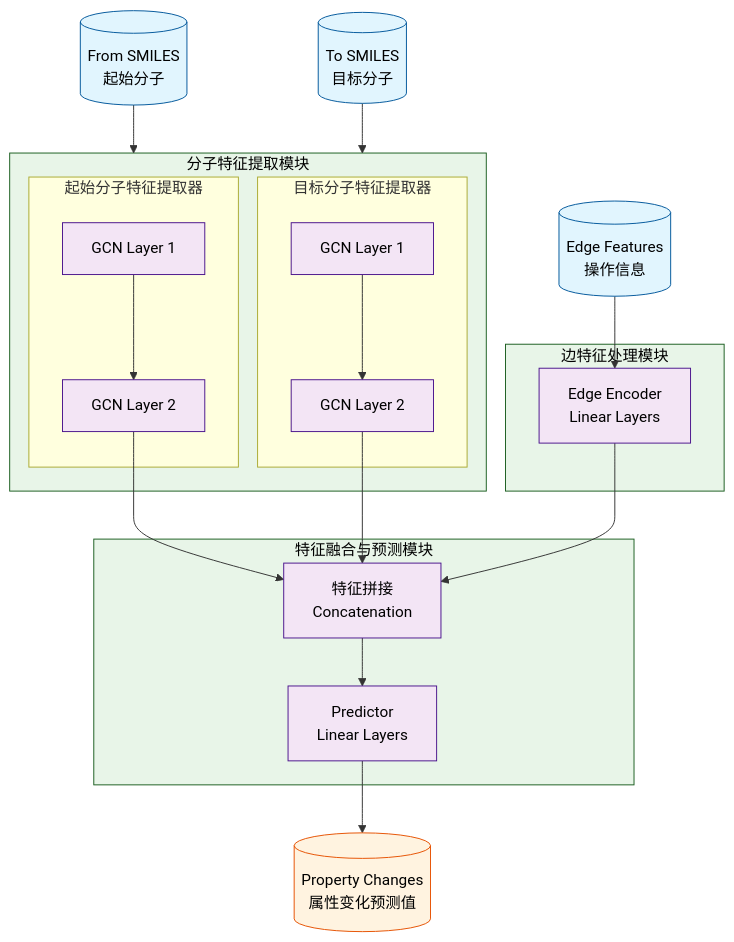
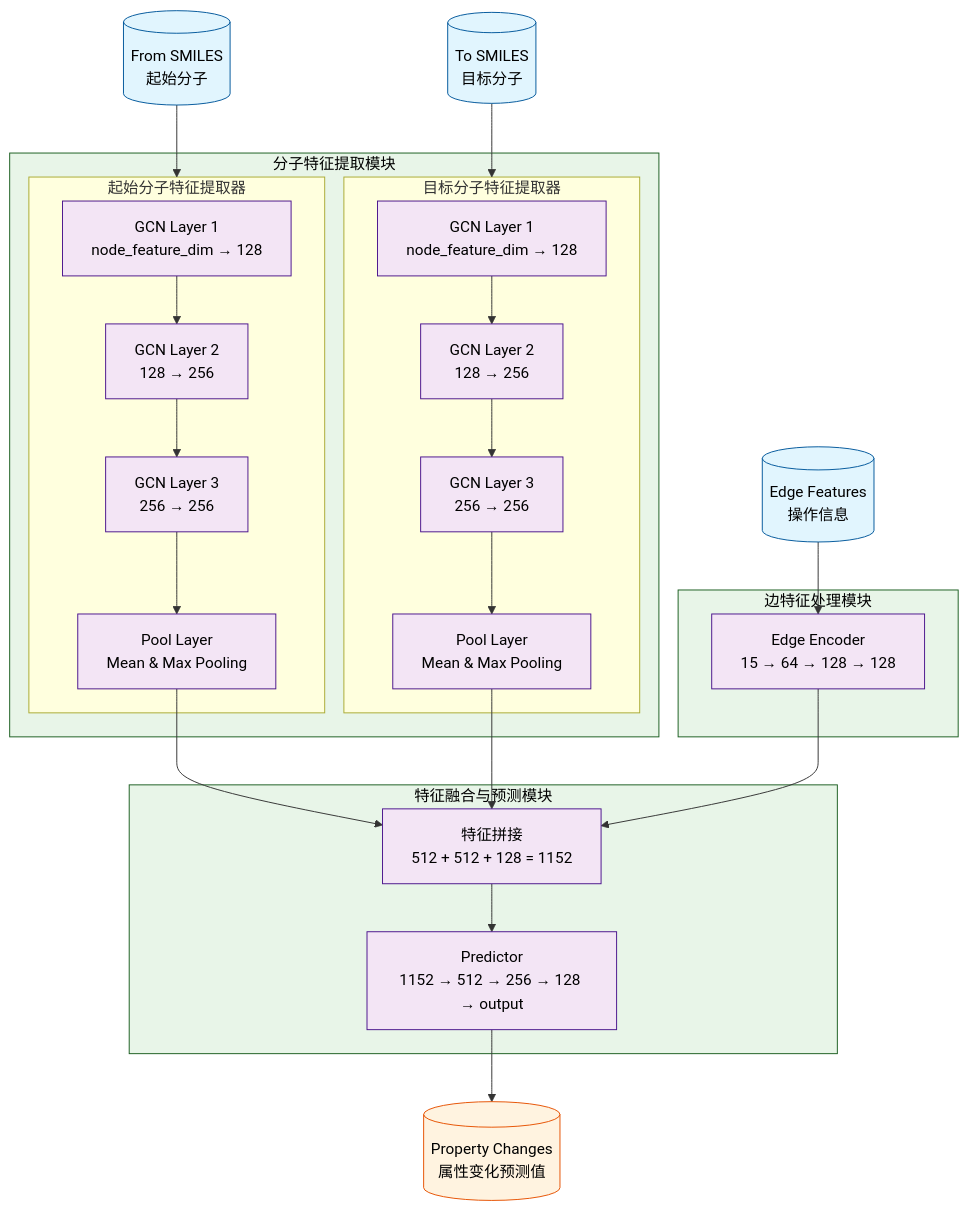
The diagram in docs/model-v0/architecture_flowchart.md (havoc-420/BSL-mol-evo), drawn with Mermaid before and after one commit. The commit also changed other lines of this file, not shown here.

Commit message:
docs(architecture): 更新模型架构图与特征维度说明
- 为分子特征提取模块中的GCN层添加了详细的维度标注（node_feature_dim → 128 → 256 → 256）
- 在每个GCN网络后增加了Mean & Max池化层，输出512维特征向量
- 更新边特征处理模块的线性层维度标注（15 → 64 → 128 → 128）
- 明确特征融合模块的拼接逻辑：512 + 512 + 128 = 1152维
- 补充预测模块的多层感知机结构（1152 → 512 → 256 → 128 → output）
- 调整流程图连接关系以匹配更新后的网络结构

````diff
--- a/docs/model-v0/architecture_flowchart.md
+++ b/docs/model-v0/architecture_flowchart.md
@@ -3,60 +3,69 @@
 ```mermaid
 flowchart TD
     %% 定义样式
     classDef inputStyle fill:#e1f5fe,stroke:#01579b,color:#000
     classDef processStyle fill:#f3e5f5,stroke:#4a148c,color:#000
     classDef modelStyle fill:#e8f5e8,stroke:#1b5e20,color:#000
     classDef outputStyle fill:#fff3e0,stroke:#e65100,color:#000
     
     %% 输入部分
     input1[(From SMILES<br/>起始分子)]:::inputStyle
     input2[(To SMILES<br/>目标分子)]:::inputStyle
     input3[(Edge Features<br/>操作信息)]:::inputStyle
     
     %% 分子特征提取模块
     subgraph feature_extractor[分子特征提取模块]
         subgraph from_mol_extractor[起始分子特征提取器]
-            from_gcn1[GCN Layer 1]:::processStyle
-            from_gcn2[GCN Layer 2]:::processStyle
+            from_gcn1[GCN Layer 1<br/>node_feature_dim → 128]:::processStyle
+            from_gcn2[GCN Layer 2<br/>128 → 256]:::processStyle
+            from_gcn3[GCN Layer 3<br/>256 → 256]:::processStyle
+            from_pool[Pool Layer<br/>Mean & Max Pooling]:::processStyle
         end
         
         subgraph to_mol_extractor[目标分子特征提取器]
-            to_gcn1[GCN Layer 1]:::processStyle
-            to_gcn2[GCN Layer 2]:::processStyle
+            to_gcn1[GCN Layer 1<br/>node_feature_dim → 128]:::processStyle
+            to_gcn2[GCN Layer 2<br/>128 → 256]:::processStyle
+            to_gcn3[GCN Layer 3<br/>256 → 256]:::processStyle
+            to_pool[Pool Layer<br/>Mean & Max Pooling]:::processStyle
         end
     end
     
     %% 边特征处理模块
     subgraph edge_processing[边特征处理模块]
-        edge_encoder[Edge Encoder<br/>Linear Layers]:::processStyle
+        edge_encoder[Edge Encoder<br/>15 → 64 → 128 → 128]:::processStyle
     end
     
     %% 特征融合与预测模块
     subgraph fusion_prediction[特征融合与预测模块]
-        concat[特征拼接<br/>Concatenation]:::processStyle
-        predictor[Predictor<br/>Linear Layers]:::processStyle
+        concat[特征拼接<br/>512 + 512 + 128 = 1152]:::processStyle
+        predictor[Predictor<br/>1152 → 512 → 256 → 128 → output]:::processStyle
     end
     
     %% 输出
     output[(Property Changes<br/>属性变化预测值)]:::outputStyle
     
     %% 连接关系
     input1 --> from_mol_extractor
     input2 --> to_mol_extractor
     input3 --> edge_encoder
     
     from_gcn1 --> from_gcn2
+    from_gcn2 --> from_gcn3
+    from_gcn3 --> from_pool
+    
     to_gcn1 --> to_gcn2
+    to_gcn2 --> to_gcn3
+    to_gcn3 --> to_pool
     
-    from_gcn2 --> concat
-    to_gcn2 --> concat
+    from_pool --> concat
+    to_pool --> concat
     edge_encoder --> concat
     
     concat --> predictor
     predictor --> output
     
     %% 修正的类定义 - 每行一个类应用
     class feature_extractor modelStyle;
     class edge_processing modelStyle;
     class fusion_prediction modelStyle;
 ```
````
